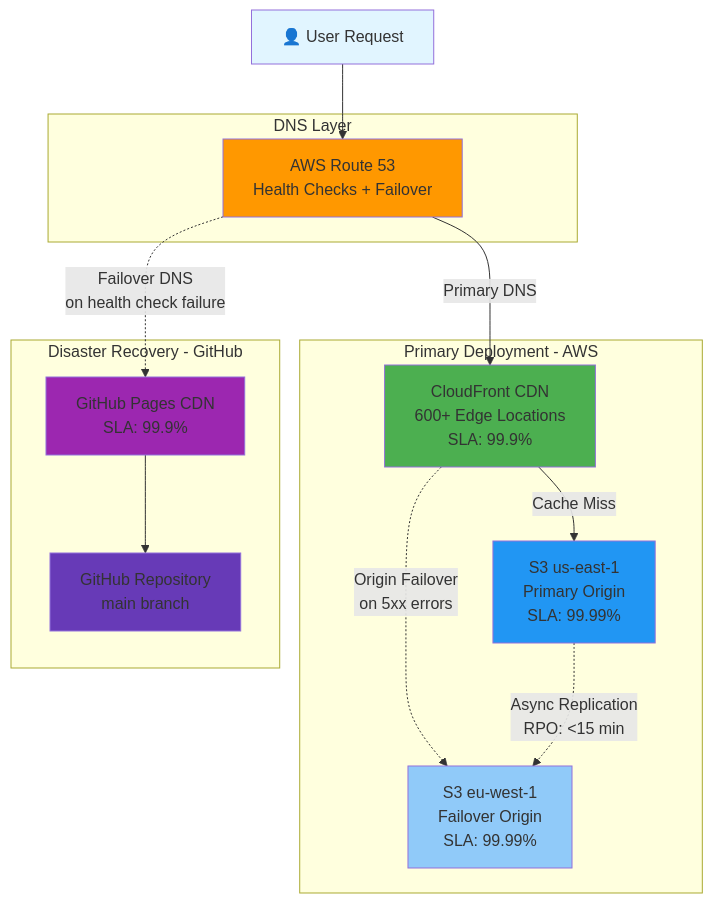
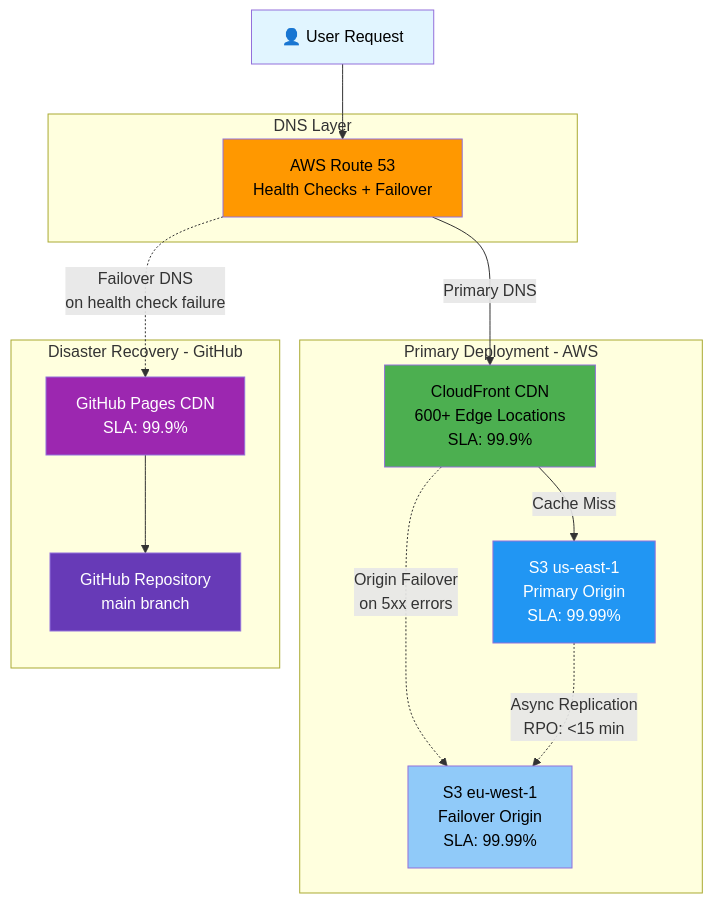
The third of 8 diagrams in SECURITY_ARCHITECTURE.md (Hack23/riksdagsmonitor), drawn with Mermaid before and after one commit. The commit also changed other lines of this file and 11 other files, not shown here.

First line of the commit message:
Fix broken mermaid diagrams: SWOT gantt, quadrantChart theming, init quotes, text colors

````diff
--- a/SECURITY_ARCHITECTURE.md
+++ b/SECURITY_ARCHITECTURE.md
@@ -1056,37 +1056,37 @@
 ```mermaid
 graph TB
     User[👤 User Request]
     
     subgraph "DNS Layer"
         Route53[AWS Route 53<br/>Health Checks + Failover]
     end
     
     subgraph "Primary Deployment - AWS"
         CF[CloudFront CDN<br/>600+ Edge Locations<br/>SLA: 99.9%]
         S3US[S3 us-east-1<br/>Primary Origin<br/>SLA: 99.99%]
         S3EU[S3 eu-west-1<br/>Failover Origin<br/>SLA: 99.99%]
         
         CF -->|Cache Miss| S3US
         CF -.->|Origin Failover<br/>on 5xx errors| S3EU
         S3US -.->|Async Replication<br/>RPO: <15 min| S3EU
     end
     
     subgraph "Disaster Recovery - GitHub"
         GHCDN[GitHub Pages CDN<br/>SLA: 99.9%]
         GHRepo[GitHub Repository<br/>main branch]
         
         GHCDN --> GHRepo
     end
     
     User --> Route53
     Route53 -->|Primary DNS| CF
     Route53 -.->|Failover DNS<br/>on health check failure| GHCDN
     
-    style User fill:#e1f5ff
-    style Route53 fill:#ff9800
-    style CF fill:#4caf50
-    style S3US fill:#2196f3
-    style S3EU fill:#90caf9
-    style GHCDN fill:#9c27b0
-    style GHRepo fill:#673ab7
+    style User fill:#e1f5ff,color:#000000
+    style Route53 fill:#ff9800,color:#000000
+    style CF fill:#4caf50,color:#000000
+    style S3US fill:#2196f3,color:#ffffff
+    style S3EU fill:#90caf9,color:#000000
+    style GHCDN fill:#9c27b0,color:#ffffff
+    style GHRepo fill:#673ab7,color:#ffffff
 ```
````
